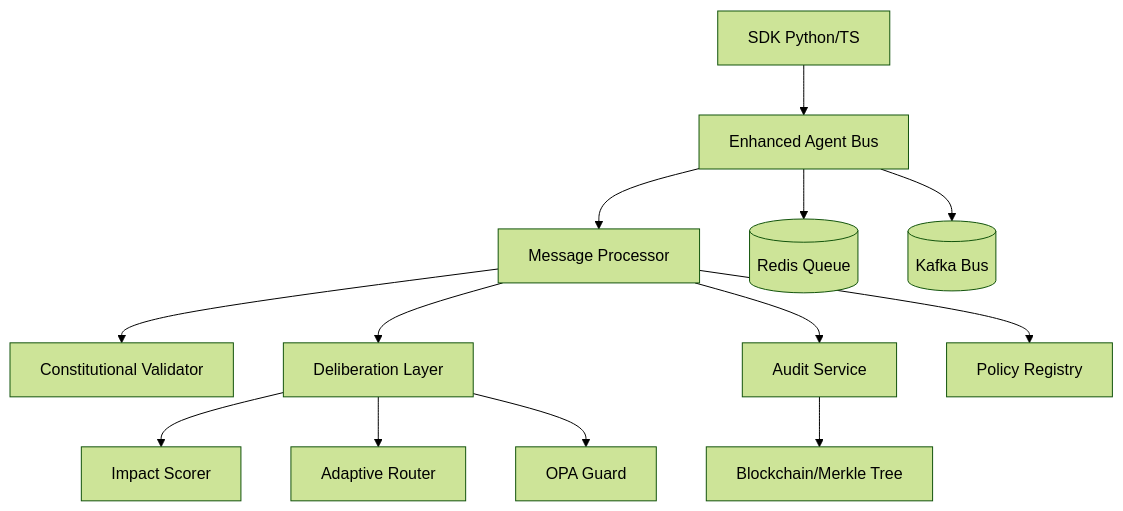
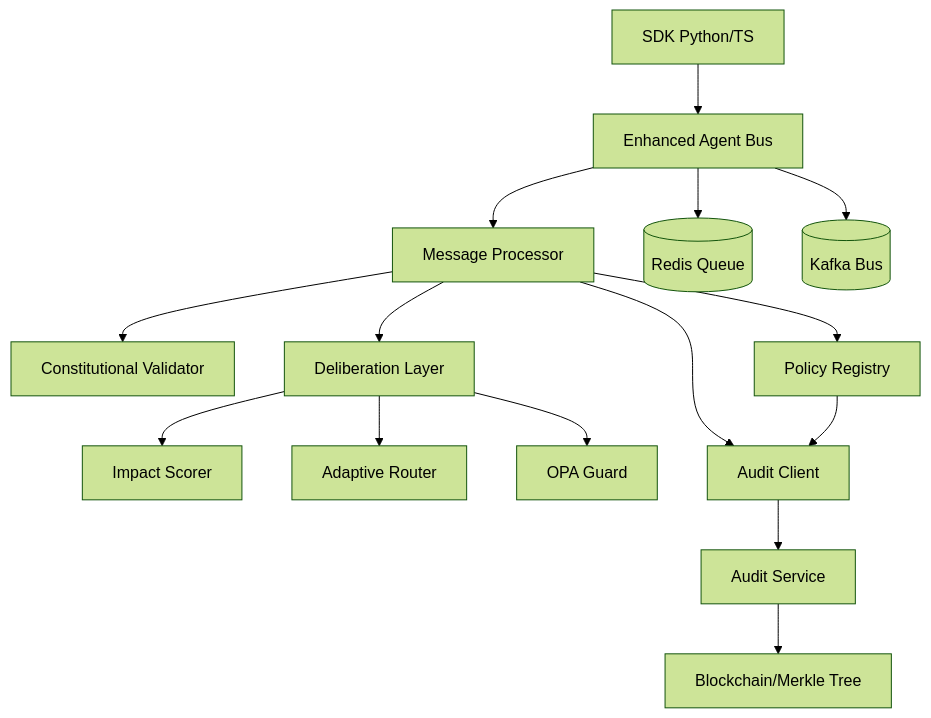
The diagram in docs/architecture_audit.md (dislovelhl/acgs2), drawn with Mermaid (forest theme) before and after one commit. The commit also changed other lines of this file and 18 other files, not shown here.

````diff
--- a/docs/architecture_audit.md
+++ b/docs/architecture_audit.md
@@ -37,19 +38,21 @@
 ```mermaid
 graph TD
     SDK[SDK Python/TS] --> Bus[Enhanced Agent Bus]
     Bus --> Processor[Message Processor]
     Processor --> Validator[Constitutional Validator]
     Processor --> Deliberation[Deliberation Layer]
     
     Deliberation --> Scorer[Impact Scorer]
     Deliberation --> Router[Adaptive Router]
     Deliberation --> OPAGuard[OPA Guard]
     
     Bus --> Redis[(Redis Queue)]
     Bus --> Kafka[(Kafka Bus)]
     
-    Processor --> Audit[Audit Service]
+    Processor --> AuditClient[Audit Client]
+    AuditClient --> Audit[Audit Service]
     Audit --> Blockchain[Blockchain/Merkle Tree]
     
     Processor --> Policy[Policy Registry]
+    Policy --> AuditClient
 ```
````
